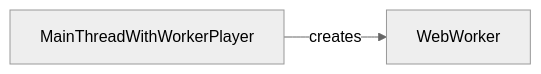
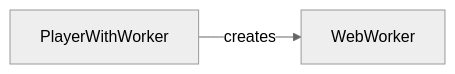
The second of 2 diagrams in packages/playback/docs/walkthrough.md (videojs/monorepo), drawn with Mermaid (neutral theme) before and after one commit. The commit also changed other lines of this file and 54 other files, not shown here.

````diff
--- a/packages/playback/docs/walkthrough.md
+++ b/packages/playback/docs/walkthrough.md
@@ -58,4 +58,4 @@
 ```mermaid
 flowchart LR
-  MainThreadWithWorkerPlayer -->|creates| WebWorker
+  PlayerWithWorker -->|creates| WebWorker
 ```
````
